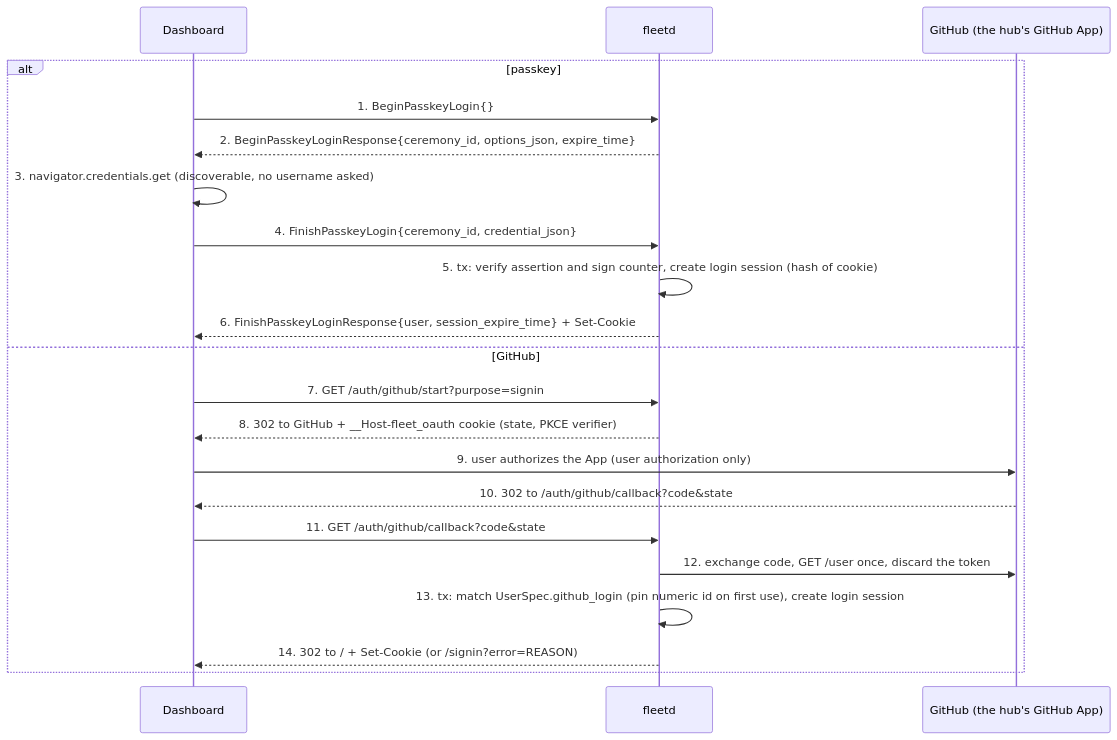
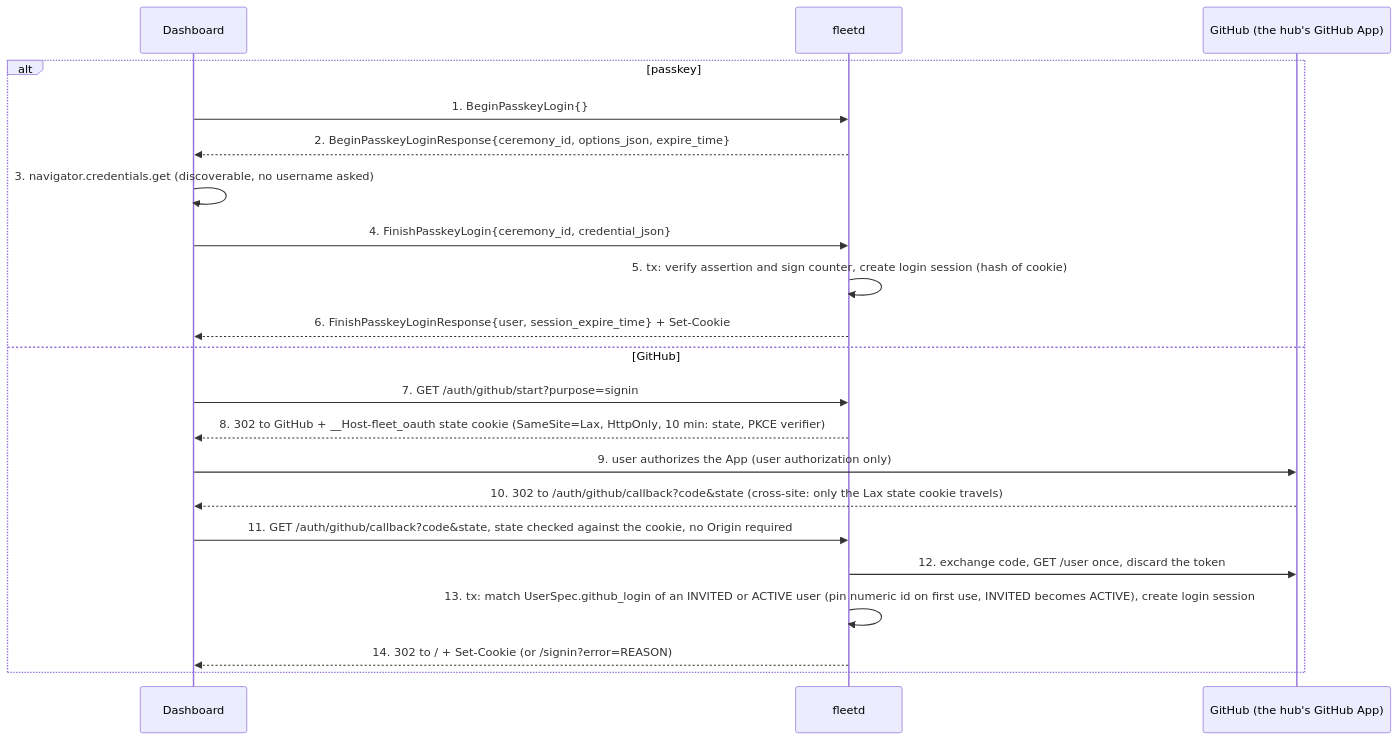
The fifth of 7 diagrams in docs/flows/dashboard-hub-agent.md (linuxdynasty/fleet-board), drawn with Mermaid before and after one commit. The commit also changed other lines of this file and 48 other files, not shown here.

````diff
--- a/docs/flows/dashboard-hub-agent.md
+++ b/docs/flows/dashboard-hub-agent.md
@@ -265,23 +272,23 @@
 ```mermaid
 sequenceDiagram
   participant D as Dashboard
   participant H as fleetd
   participant G as GitHub (the hub's GitHub App)
   alt passkey
     D->>H: 1. BeginPasskeyLogin{}
     H-->>D: 2. BeginPasskeyLoginResponse{ceremony_id, options_json, expire_time}
     D->>D: 3. navigator.credentials.get (discoverable, no username asked)
     D->>H: 4. FinishPasskeyLogin{ceremony_id, credential_json}
     H->>H: 5. tx: verify assertion and sign counter, create login session (hash of cookie)
     H-->>D: 6. FinishPasskeyLoginResponse{user, session_expire_time} + Set-Cookie
   else GitHub
     D->>H: 7. GET /auth/github/start?purpose=signin
-    H-->>D: 8. 302 to GitHub + __Host-fleet_oauth cookie (state, PKCE verifier)
+    H-->>D: 8. 302 to GitHub + __Host-fleet_oauth state cookie (SameSite=Lax, HttpOnly, 10 min: state, PKCE verifier)
     D->>G: 9. user authorizes the App (user authorization only)
-    G-->>D: 10. 302 to /auth/github/callback?code&state
-    D->>H: 11. GET /auth/github/callback?code&state
+    G-->>D: 10. 302 to /auth/github/callback?code&state (cross-site: only the Lax state cookie travels)
+    D->>H: 11. GET /auth/github/callback?code&state, state checked against the cookie, no Origin required
     H->>G: 12. exchange code, GET /user once, discard the token
-    H->>H: 13. tx: match UserSpec.github_login (pin numeric id on first use), create login session
+    H->>H: 13. tx: match UserSpec.github_login of an INVITED or ACTIVE user (pin numeric id on first use, INVITED becomes ACTIVE), create login session
     H-->>D: 14. 302 to / + Set-Cookie (or /signin?error=REASON)
   end
 ```
````
